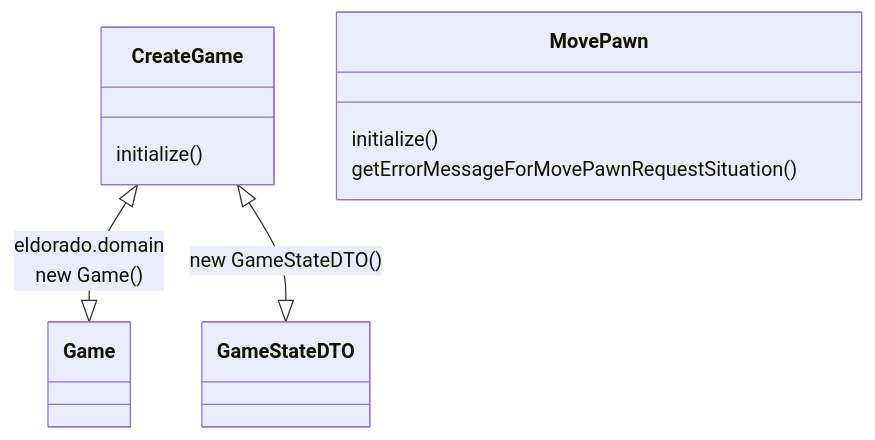
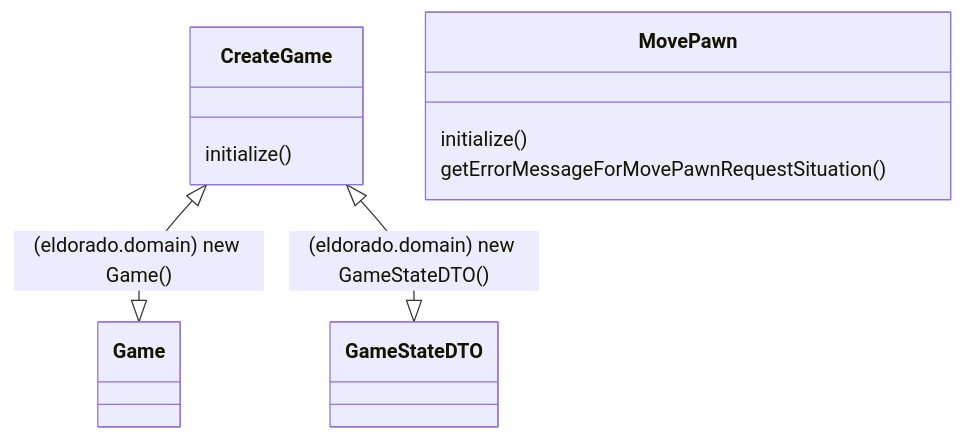
Before and after one commit to stijnlinderman/eldorado: the fifth of 7 diagrams in ARCHITECTURE.md, drawn with Mermaid.

````diff
--- a/ARCHITECTURE.md
+++ b/ARCHITECTURE.md
@@ -64,9 +64,9 @@
 ```mermaid
 classDiagram
-	CreateGame <|--|> Game: eldorado.domain<br>new Game()
-	CreateGame <|--|> GameStateDTO: new GameStateDTO()
+	CreateGame <|--|> Game: (eldorado.domain) new Game()
+	CreateGame <|--|> GameStateDTO: (eldorado.domain) new GameStateDTO()
 	CreateGame : initialize()
 	class MovePawn
 	MovePawn : initialize()
 	MovePawn : getErrorMessageForMovePawnRequestSituation()
 ```
````
